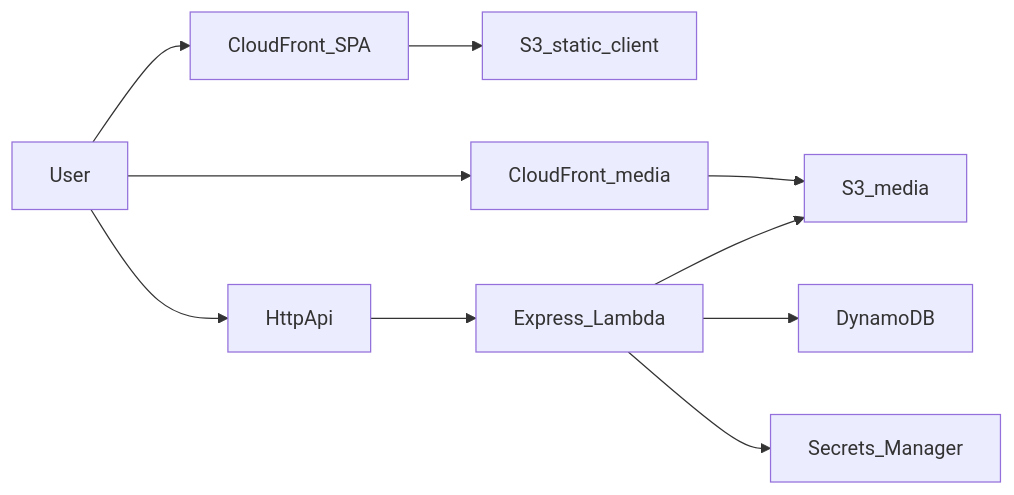
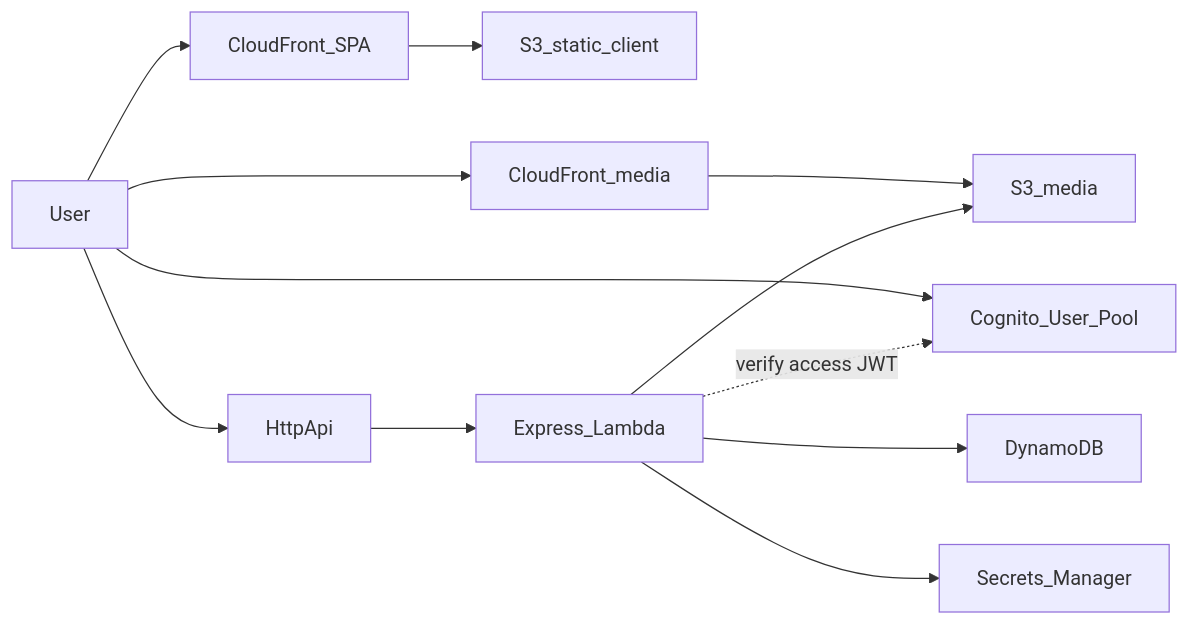
The diagram in README.md (JuanSebastianGB/share-social-media), drawn with Mermaid before and after one commit. The commit also changed other lines of this file and 4 other files, not shown here.

````diff
--- a/README.md
+++ b/README.md
@@ -7,12 +7,14 @@
 ```mermaid
 flowchart LR
   User --> CF[CloudFront_SPA]
   CF --> S3[S3_static_client]
   User --> MediaCF[CloudFront_media]
   MediaCF --> MediaS3[S3_media]
+  User --> Cognito[Cognito_User_Pool]
   User --> APIGW[HttpApi]
   APIGW --> Lambda[Express_Lambda]
   Lambda --> DDB[DynamoDB]
   Lambda --> MediaS3
   Lambda --> SM[Secrets_Manager]
+  Lambda -.->|verify access JWT| Cognito
 ```
````
